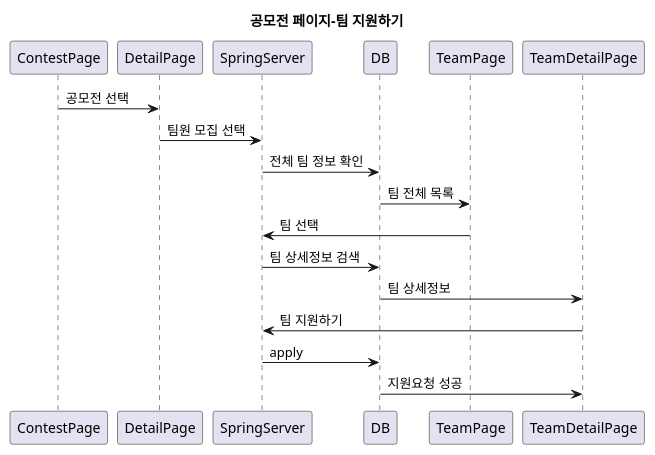
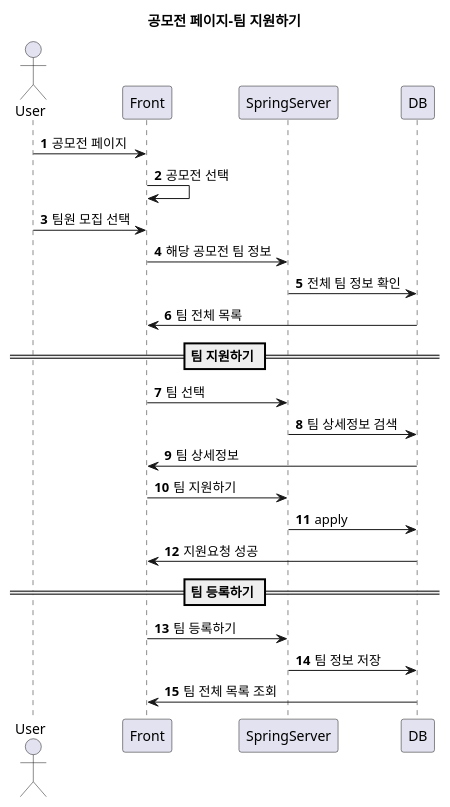
The sixth of 9 diagrams in frontend/src/views/MIT(SSD).wsd (worldforest/MIT-myitteam), drawn with PlantUML before and after one commit. The commit also changed other lines of this file, not shown here.

```diff
--- a/frontend/src/views/MIT(SSD).wsd
+++ b/frontend/src/views/MIT(SSD).wsd
@@ -39,13 +65,22 @@
 @startuml
 title 공모전 페이지-팀 지원하기
-ContestPage->DetailPage:공모전 선택
-DetailPage->SpringServer:팀원 모집 선택
-SpringServer->DB:전체 팀 정보 확인
-DB->TeamPage:팀 전체 목록
-TeamPage->SpringServer:팀 선택
+autonumber
+actor User
+User->Front:공모전 페이지
+Front->Front:공모전 선택
+User->Front:팀원 모집 선택
+Front->SpringServer:해당 공모전 팀 정보
+SpringServer->DB:전체 팀 정보 확인 
+DB->Front:팀 전체 목록
+== 팀 지원하기 ==
+Front->SpringServer:팀 선택
 SpringServer->DB:팀 상세정보 검색
-DB->TeamDetailPage:팀 상세정보
-TeamDetailPage->SpringServer:팀 지원하기
+DB->Front:팀 상세정보
+Front->SpringServer:팀 지원하기
 SpringServer->DB:apply
-DB->TeamDetailPage:지원요청 성공
+DB->Front:지원요청 성공
+== 팀 등록하기 ==
+Front->SpringServer:팀 등록하기
+SpringServer->DB:팀 정보 저장
+DB->Front:팀 전체 목록 조회
 @enduml
```
